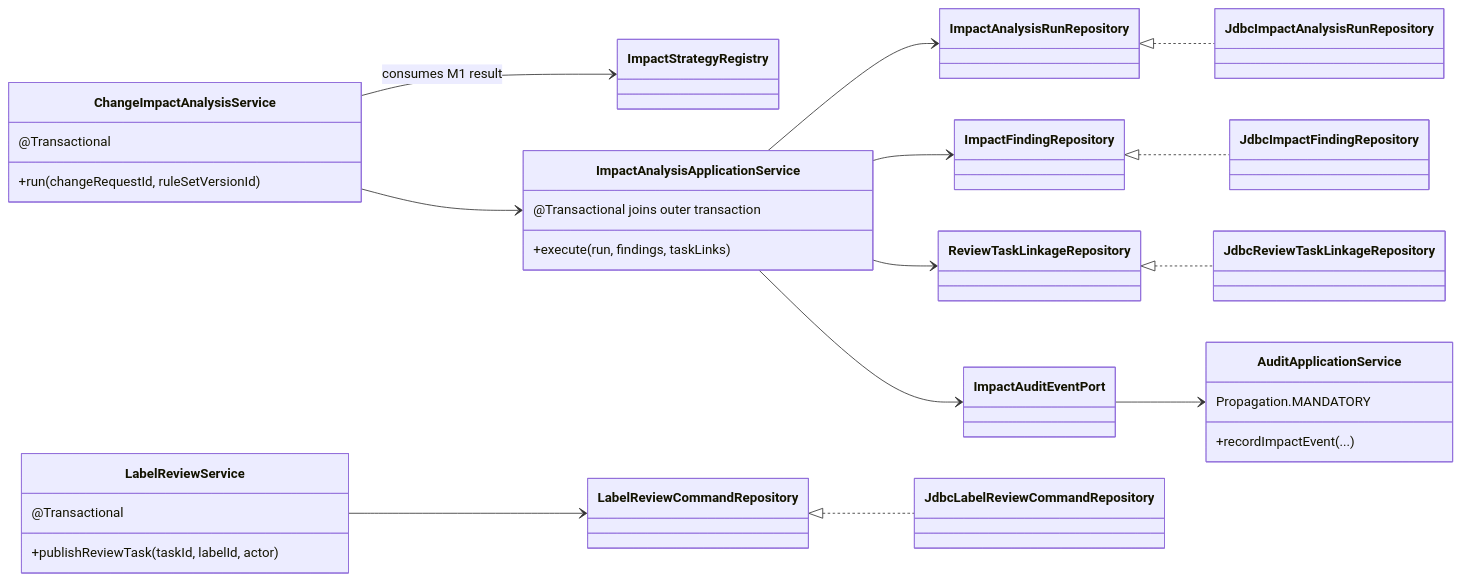
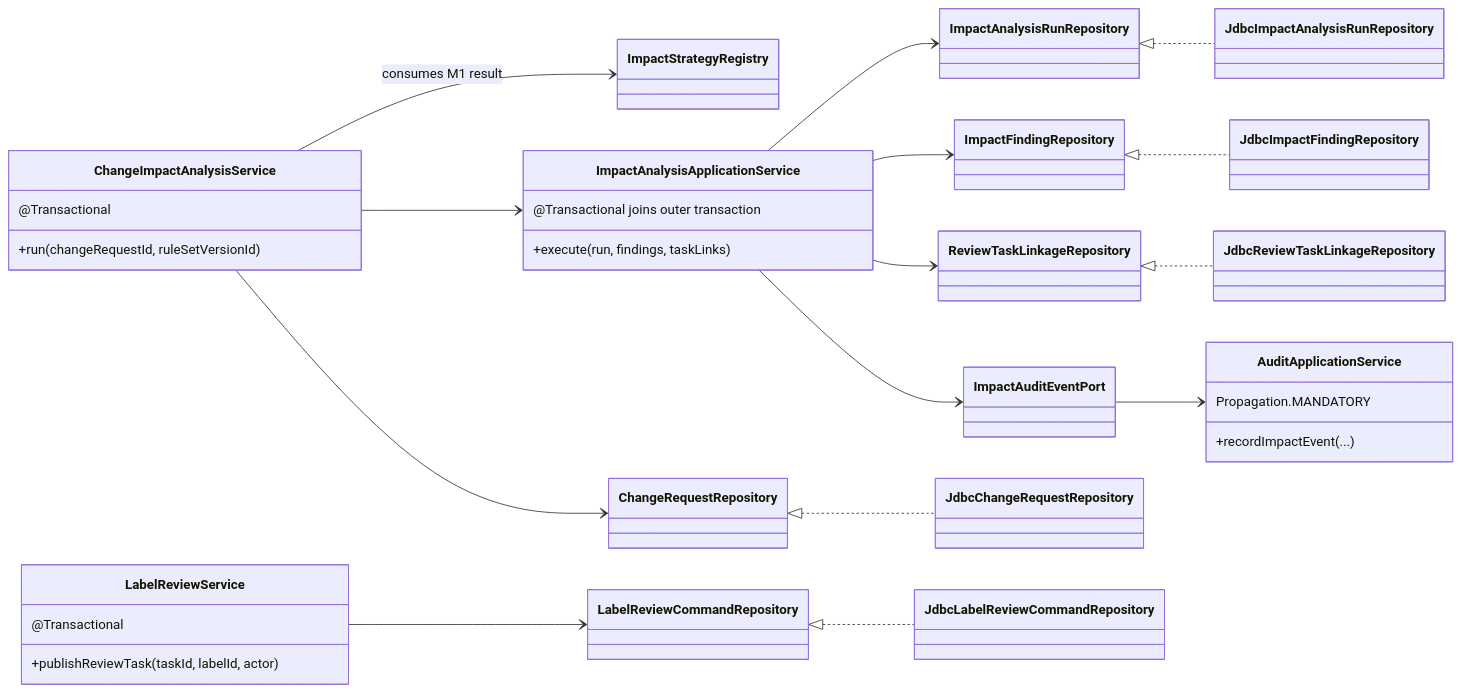
The second of 3 diagrams in docs/s3-m5/SCRUM-70-A07-atomic-persistence.md (hxj04121-lab/FoodLabelFlow), drawn with Mermaid before and after one commit. The commit also changed other lines of this file, not shown here.

Commit message:
docs(SCRUM-70): show change request persistence adapter

````diff
--- a/docs/s3-m5/SCRUM-70-A07-atomic-persistence.md
+++ b/docs/s3-m5/SCRUM-70-A07-atomic-persistence.md
@@ -46,43 +46,47 @@
 ```mermaid
 classDiagram
     direction LR
     class ChangeImpactAnalysisService {
       +run(changeRequestId, ruleSetVersionId)
       @Transactional
     }
     class ImpactStrategyRegistry
     class ImpactAnalysisApplicationService {
       +execute(run, findings, taskLinks)
       @Transactional joins outer transaction
     }
     class ImpactAnalysisRunRepository
     class ImpactFindingRepository
     class ReviewTaskLinkageRepository
+    class ChangeRequestRepository
     class ImpactAuditEventPort
     class JdbcImpactAnalysisRunRepository
     class JdbcImpactFindingRepository
     class JdbcReviewTaskLinkageRepository
+    class JdbcChangeRequestRepository
     class AuditApplicationService {
       +recordImpactEvent(...)
       Propagation.MANDATORY
     }
     class LabelReviewService {
       +publishReviewTask(taskId, labelId, actor)
       @Transactional
     }
     class LabelReviewCommandRepository
     class JdbcLabelReviewCommandRepository
 
     ChangeImpactAnalysisService --> ImpactStrategyRegistry : consumes M1 result
     ChangeImpactAnalysisService --> ImpactAnalysisApplicationService
+    ChangeImpactAnalysisService --> ChangeRequestRepository
     ImpactAnalysisApplicationService --> ImpactAnalysisRunRepository
     ImpactAnalysisApplicationService --> ImpactFindingRepository
     ImpactAnalysisApplicationService --> ReviewTaskLinkageRepository
     ImpactAnalysisApplicationService --> ImpactAuditEventPort
     ImpactAnalysisRunRepository <|.. JdbcImpactAnalysisRunRepository
     ImpactFindingRepository <|.. JdbcImpactFindingRepository
     ReviewTaskLinkageRepository <|.. JdbcReviewTaskLinkageRepository
+    ChangeRequestRepository <|.. JdbcChangeRequestRepository
     ImpactAuditEventPort --> AuditApplicationService
     LabelReviewService --> LabelReviewCommandRepository
     LabelReviewCommandRepository <|.. JdbcLabelReviewCommandRepository
 ```
````
